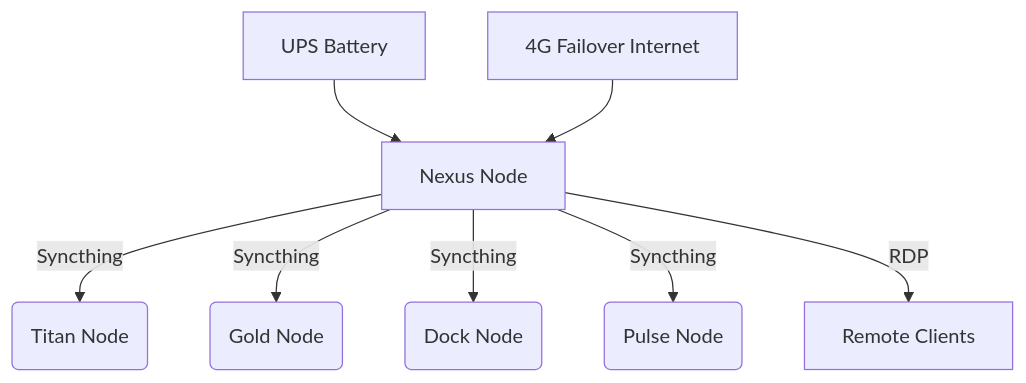
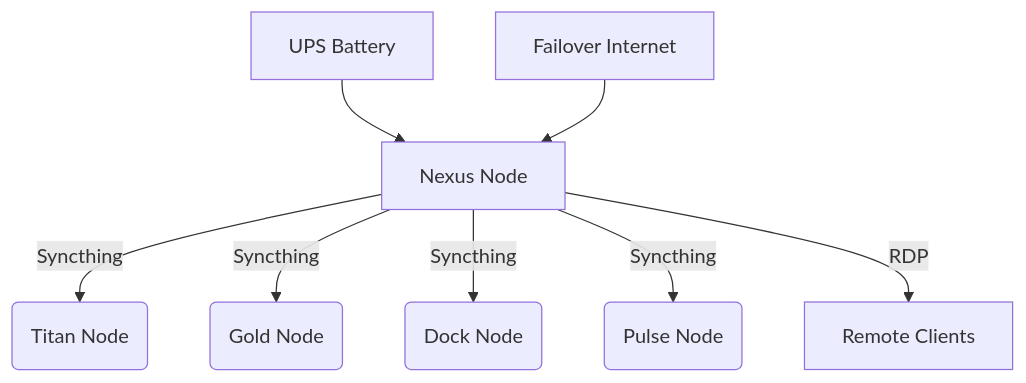
One commit to zimindev/prj-server-nexus-node changed the diagram in README.md. Above: the diagram before and after it, drawn with Mermaid.

Commit message:
renew network

````diff
--- a/README.md
+++ b/README.md
@@ -38,10 +38,10 @@
 ```mermaid  
 graph TD  
     A[Nexus Node] -->|Syncthing| B(Titan Node)  
     A -->|Syncthing| C(Gold Node)  
     A -->|Syncthing| D(Dock Node)  
     A -->|Syncthing| E(Pulse Node)  
     A -->|RDP| F[Remote Clients]  
     G[UPS Battery] --> A  
-    H[4G Failover Internet] --> A  
+    H[Failover Internet] --> A
 ``` 
````
